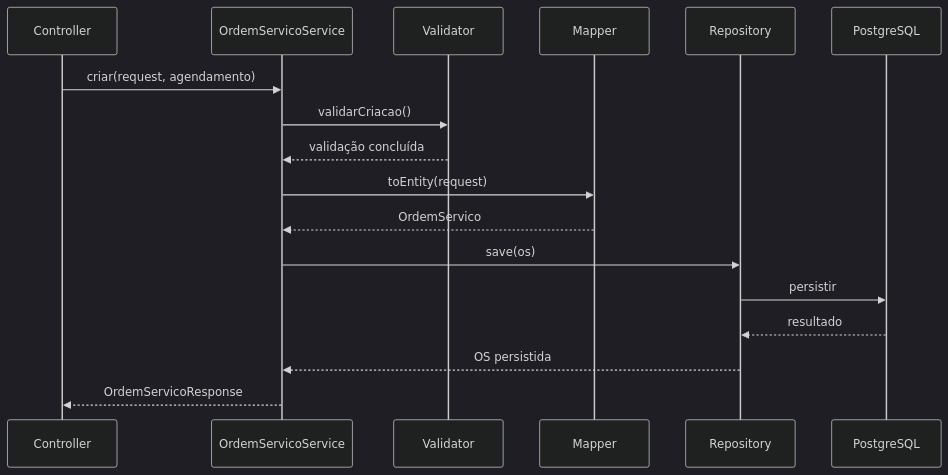
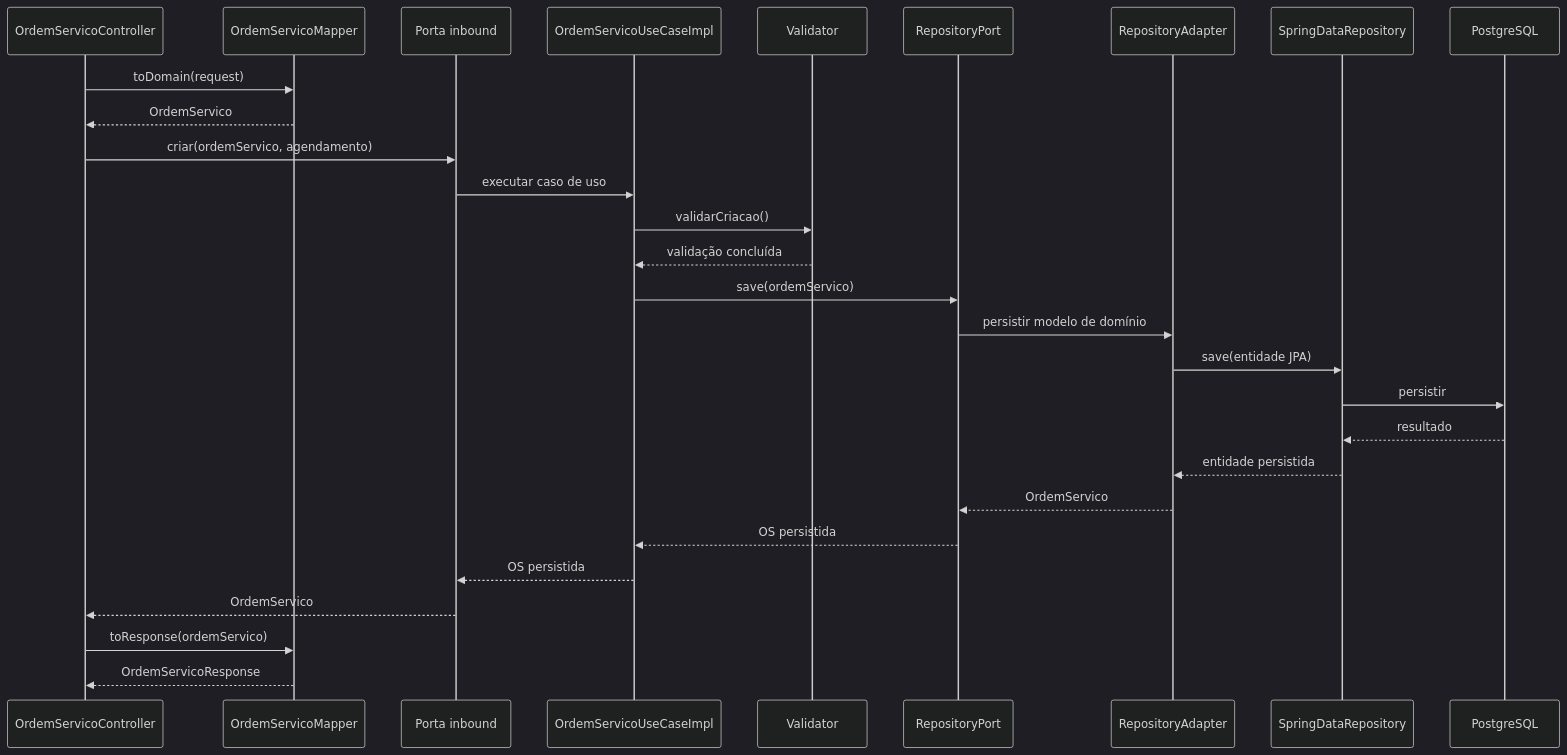
Before and after one commit to thallencar/autoflow: the fifth of 7 diagrams in docs/ARCHITECTURE.md, drawn with Mermaid (dark theme). The commit also changed other lines of this file and 4 other files, not shown here.

````diff
--- a/docs/ARCHITECTURE.md
+++ b/docs/ARCHITECTURE.md
@@ -919,20 +922,31 @@
 ```mermaid
 sequenceDiagram
-    participant C as Controller
-    participant S as OrdemServicoService
+    participant C as OrdemServicoController
+    participant M as OrdemServicoMapper
+    participant P as Porta inbound
+    participant U as OrdemServicoUseCaseImpl
     participant V as Validator
-    participant M as Mapper
-    participant R as Repository
+    participant RP as RepositoryPort
+    participant A as RepositoryAdapter
+    participant SD as SpringDataRepository
     participant DB as PostgreSQL
 
-    C->>S: criar(request, agendamento)
-    S->>V: validarCriacao()
-    V-->>S: validação concluída
-    S->>M: toEntity(request)
-    M-->>S: OrdemServico
-    S->>R: save(os)
-    R->>DB: persistir
-    DB-->>R: resultado
-    R-->>S: OS persistida
-    S-->>C: OrdemServicoResponse
+    C->>M: toDomain(request)
+    M-->>C: OrdemServico
+    C->>P: criar(ordemServico, agendamento)
+    P->>U: executar caso de uso
+    U->>V: validarCriacao()
+    V-->>U: validação concluída
+    U->>RP: save(ordemServico)
+    RP->>A: persistir modelo de domínio
+    A->>SD: save(entidade JPA)
+    SD->>DB: persistir
+    DB-->>SD: resultado
+    SD-->>A: entidade persistida
+    A-->>RP: OrdemServico
+    RP-->>U: OS persistida
+    U-->>P: OS persistida
+    P-->>C: OrdemServico
+    C->>M: toResponse(ordemServico)
+    M-->>C: OrdemServicoResponse
 ```
````
